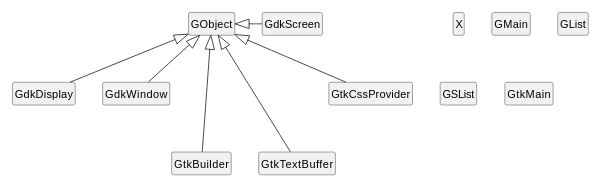
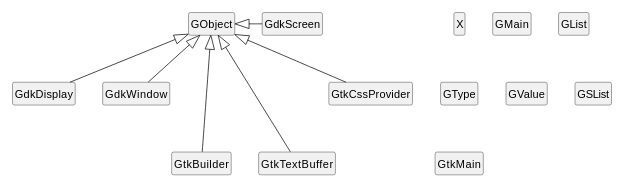
Before and after one commit to lizmat/raku-all-modules: the second of 3 diagrams in cpan/MARTIMM/GTK-V3/doc/Design.md, drawn with PlantUML. The commit also changed 25 other files, not shown here.

````diff
--- a/cpan/MARTIMM/GTK-V3/doc/Design.md
+++ b/cpan/MARTIMM/GTK-V3/doc/Design.md
@@ -44,26 +44,28 @@
 ```plantuml
 scale 0.7
 hide members
 hide circle
 
 class X
 
 class GMain
 class GList
+class GType
+class GValue
 class GSList
 class GtkMain
 
 class GObject
 
 class GdkScreen
 class GdkDisplay
 class GdkWindow
 
 GObject <|- GdkScreen
 GObject <|-- GdkWindow
 GObject <|-- GdkDisplay
 
 GObject <|--- GtkBuilder
 GObject <|--- GtkTextBuffer
 GObject <|-- GtkCssProvider
 ```
````
